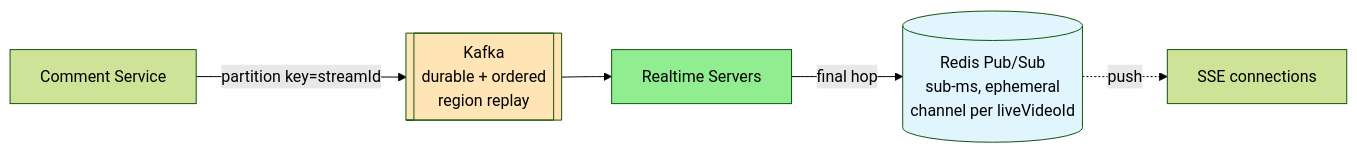
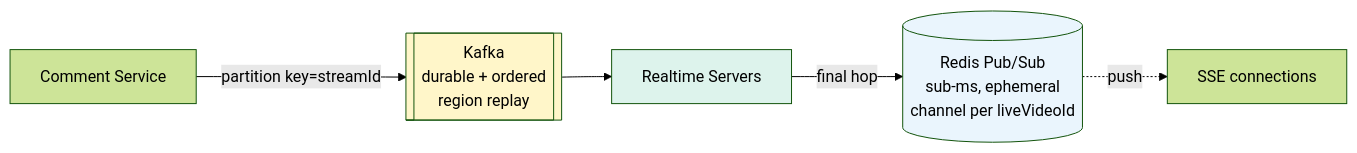
One commit to cartmancodes/InterviewVault changed the fifth of 6 diagrams in LLD/questions/Design FB Live Comments.md. Above: the diagram before and after it, drawn with Mermaid (forest theme). The commit also changed other lines of this file and 679 other files, not shown here.

Commit message:
Unify content diagrams and add accessible visual walkthroughs

````diff
--- a/LLD/questions/Design FB Live Comments.md
+++ b/LLD/questions/Design FB Live Comments.md
@@ -303,11 +303,11 @@
 ```mermaid
 graph LR
     CS[Comment Service] -->|partition key=streamId| K[[Kafka<br/>durable + ordered<br/>region replay]]
     K --> RT[Realtime Servers]
     RT -->|final hop| RP[(Redis Pub/Sub<br/>sub-ms, ephemeral<br/>channel per liveVideoId)]
     RP -.->|push| V[SSE connections]
 
-    style K fill:#FFE4B5
-    style RP fill:#e1f5ff
-    style RT fill:#90EE90
+    style K fill:#FFF6C9
+    style RP fill:#EAF5FD
+    style RT fill:#DDF3EC
 ```
````
